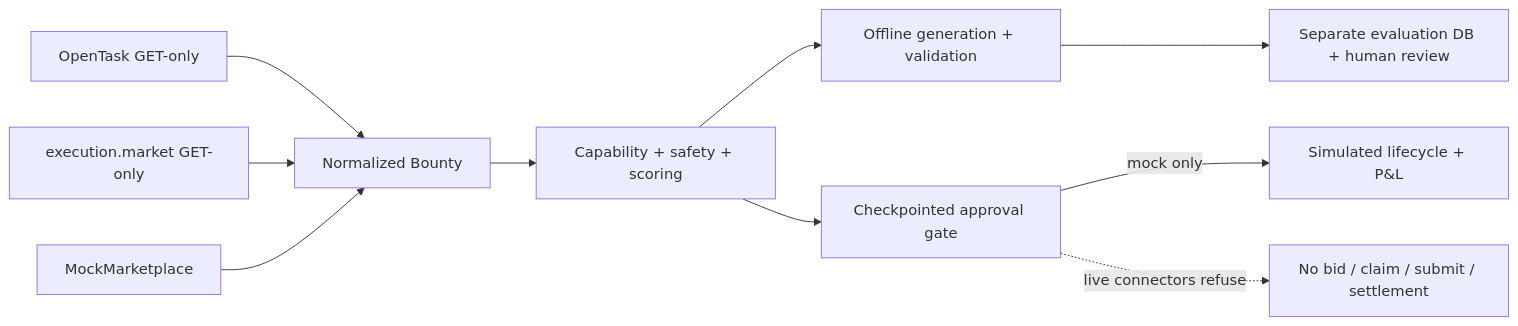
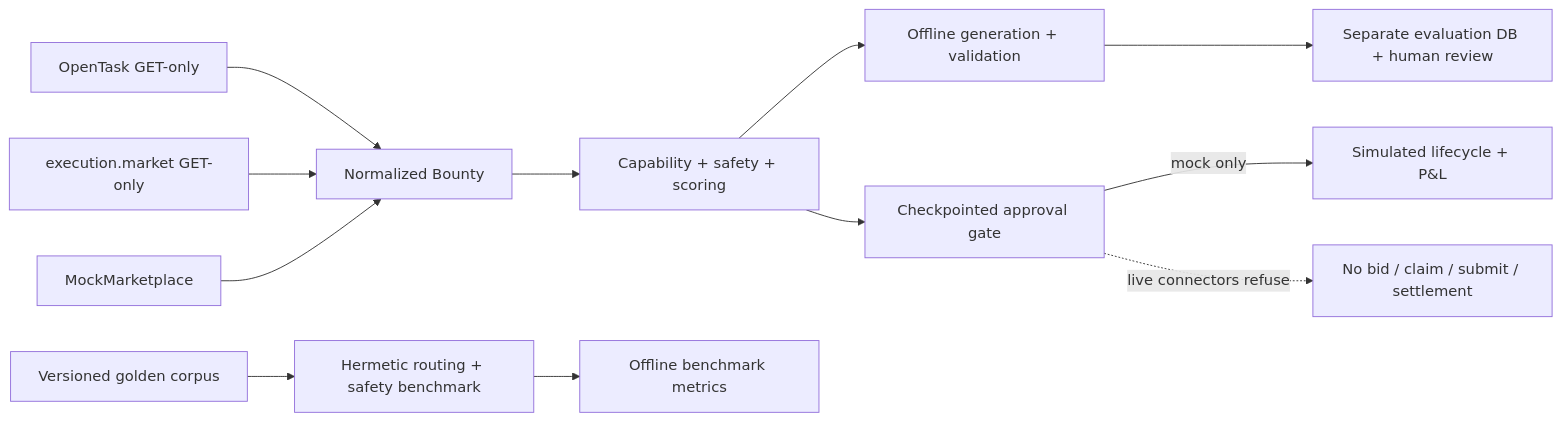
Before and after one commit to daniel-st3/agentarb: the diagram in README.md, drawn with Mermaid. The commit also changed other lines of this file and 18 other files, not shown here.

Commit message:
Add hermetic golden task evaluation corpus

````diff
--- a/README.md
+++ b/README.md
@@ -24,12 +24,14 @@
 ```mermaid
 flowchart LR
     O[OpenTask GET-only] --> N[Normalized Bounty]
     E[execution.market GET-only] --> N
     M[MockMarketplace] --> N
     N --> S[Capability + safety + scoring]
+    C[Versioned golden corpus] --> B[Hermetic routing + safety benchmark]
+    B --> Q[Offline benchmark metrics]
     S --> V[Offline generation + validation]
     V --> R[Separate evaluation DB + human review]
     S --> G[Checkpointed approval gate]
     G -->|mock only| L[Simulated lifecycle + P&L]
     G -.->|live connectors refuse| X[No bid / claim / submit / settlement]
 ```
````
